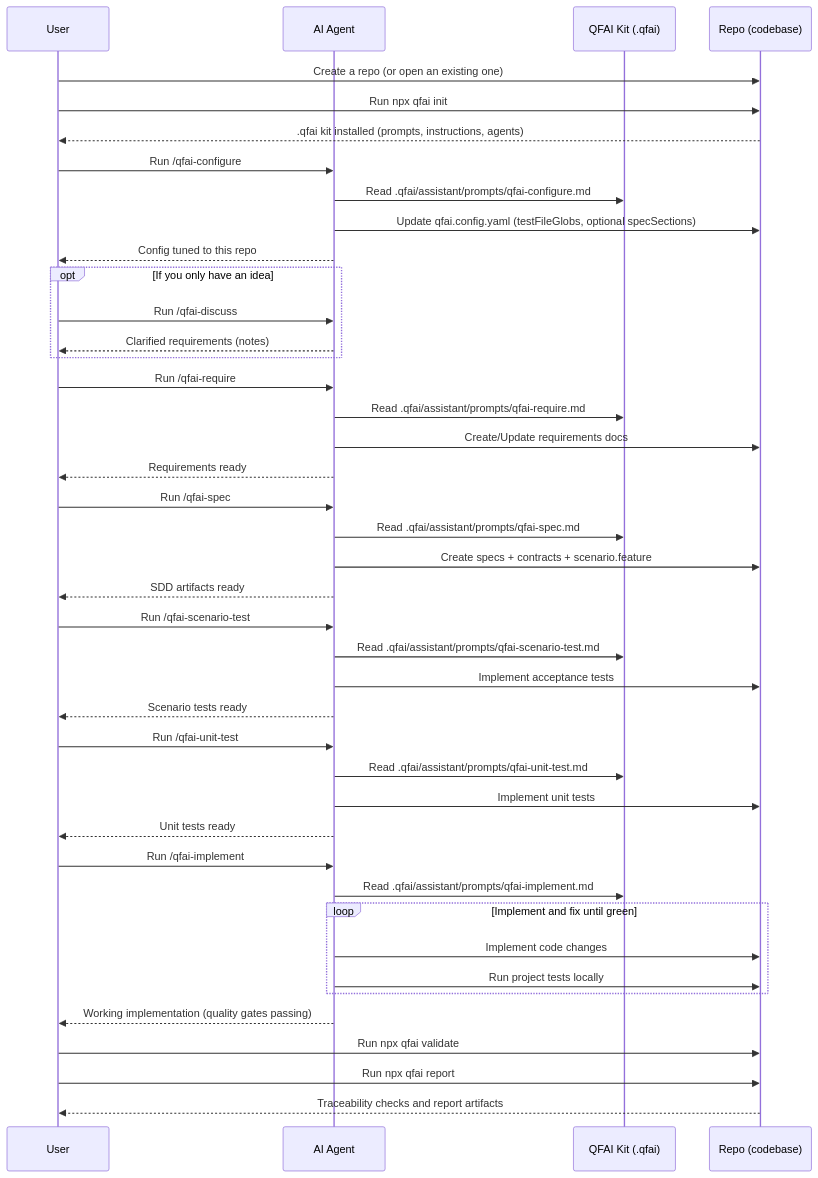
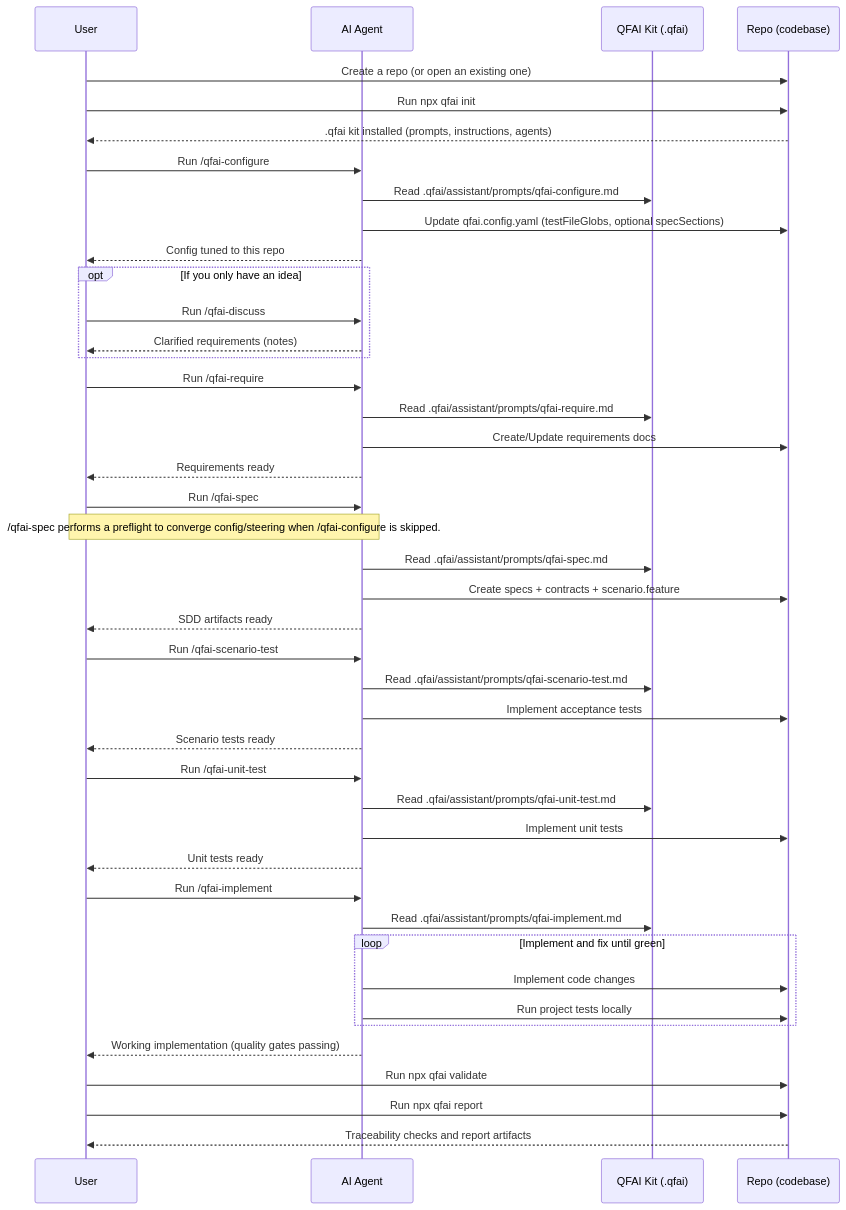
One commit to aganesy/QFAI changed the diagram in README.md. Above: the diagram before and after it, drawn with Mermaid. The commit also changed other lines of this file and 1 other file, not shown here.

Commit message:
docs: note qfai-spec preflight in readme

````diff
--- a/README.md
+++ b/README.md
@@ -73,53 +74,54 @@
 ```mermaid
 sequenceDiagram
 participant U as User
 participant AG as AI Agent
 participant Q as QFAI Kit (.qfai)
 participant R as Repo (codebase)
 
 U->>R: Create a repo (or open an existing one)
 U->>R: Run npx qfai init
 R-->>U: .qfai kit installed (prompts, instructions, agents)
 
 U->>AG: Run /qfai-configure
 AG->>Q: Read .qfai/assistant/prompts/qfai-configure.md
 AG->>R: Update qfai.config.yaml (testFileGlobs, optional specSections)
 AG-->>U: Config tuned to this repo
 
 opt If you only have an idea
 U->>AG: Run /qfai-discuss
 AG-->>U: Clarified requirements (notes)
 end
 
 U->>AG: Run /qfai-require
 AG->>Q: Read .qfai/assistant/prompts/qfai-require.md
 AG->>R: Create/Update requirements docs
 AG-->>U: Requirements ready
 
 U->>AG: Run /qfai-spec
+Note over U,AG: /qfai-spec performs a preflight to converge config/steering when /qfai-configure is skipped.
 AG->>Q: Read .qfai/assistant/prompts/qfai-spec.md
 AG->>R: Create specs + contracts + scenario.feature
 AG-->>U: SDD artifacts ready
 
 U->>AG: Run /qfai-scenario-test
 AG->>Q: Read .qfai/assistant/prompts/qfai-scenario-test.md
 AG->>R: Implement acceptance tests
 AG-->>U: Scenario tests ready
 
 U->>AG: Run /qfai-unit-test
 AG->>Q: Read .qfai/assistant/prompts/qfai-unit-test.md
 AG->>R: Implement unit tests
 AG-->>U: Unit tests ready
 
 U->>AG: Run /qfai-implement
 AG->>Q: Read .qfai/assistant/prompts/qfai-implement.md
 loop Implement and fix until green
 AG->>R: Implement code changes
 AG->>R: Run project tests locally
 end
 AG-->>U: Working implementation (quality gates passing)
 
 U->>R: Run npx qfai validate
 U->>R: Run npx qfai report
 R-->>U: Traceability checks and report artifacts
 ```
````
